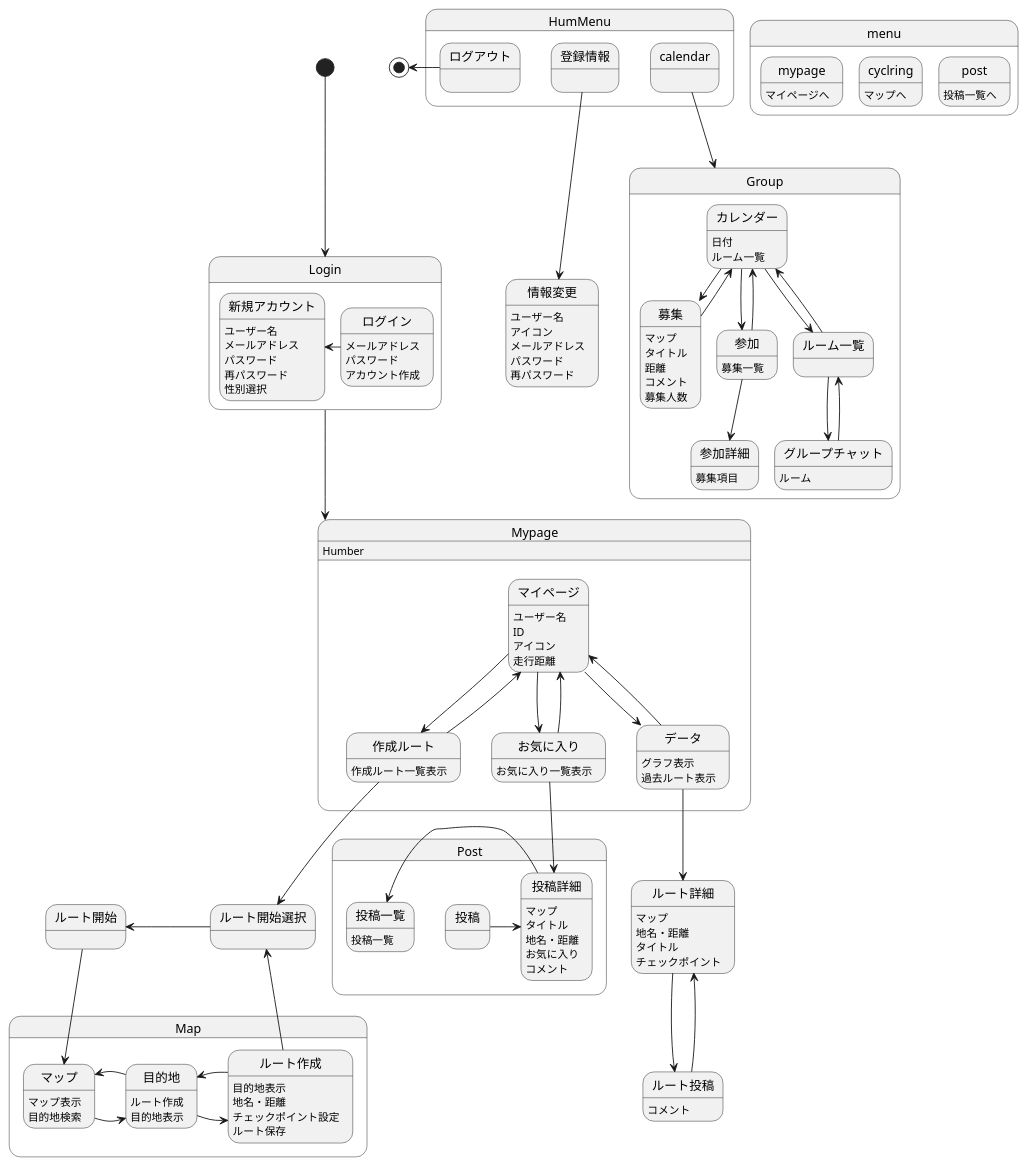
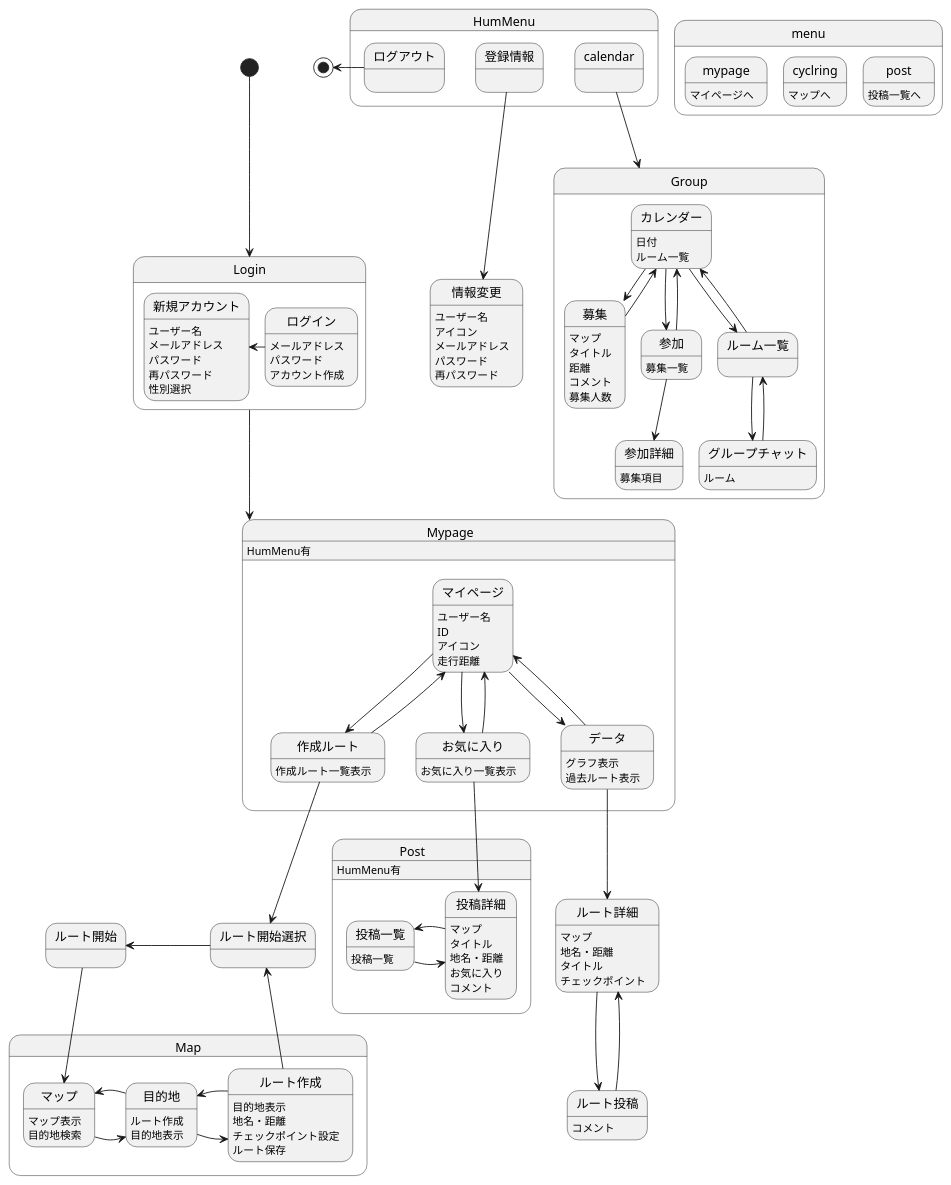
The diagram in 画面遷移図/gm.md (AsoSD3A3/CyclingSystem), drawn with PlantUML before and after one commit.

```diff
--- a/画面遷移図/gm.md
+++ b/画面遷移図/gm.md
@@ -60,7 +60,7 @@
 Login-down->Mypage
 
 state Mypage{
-Mypage:Humber
+Mypage:HumMenu有
 マイページ:ユーザー名
 マイページ:ID
 マイページ:アイコン
@@ -107,8 +107,9 @@
 ルート開始-down->マップ
 
 state Post{
+Post:HumMenu有
 投稿一覧:投稿一覧
-投稿-right->投稿詳細
+投稿一覧-right->投稿詳細
 投稿詳細-left->投稿一覧
 投稿詳細:マップ
 投稿詳細:タイトル
```
